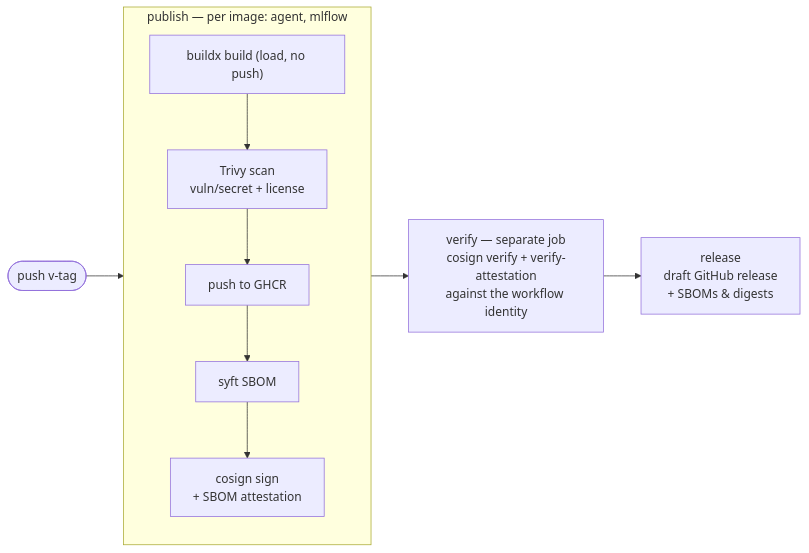
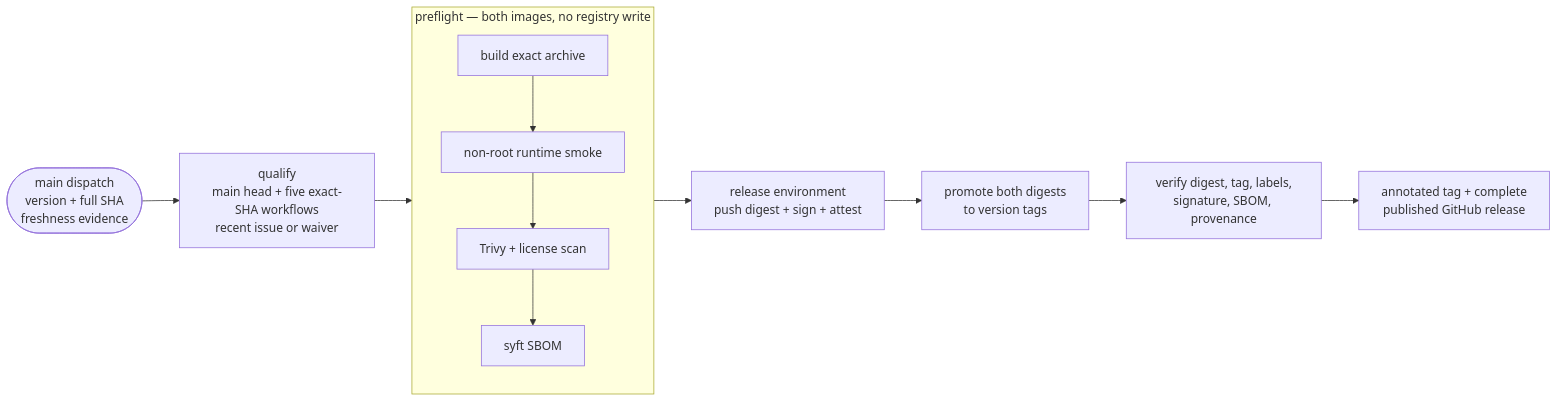
One commit to LuiGGi629/agentops-open-course changed the diagram in docs/8. Community/8.2. Releases.md. Above: the diagram before and after it, drawn with Mermaid. The commit also changed other lines of this file and 160 other files, not shown here.

````diff
--- a/docs/8. Community/8.2. Releases.md
+++ b/docs/8. Community/8.2. Releases.md
@@ -105,10 +116,13 @@
 ```mermaid
 flowchart LR
-    Tag(["push v-tag"]) --> Publish
-    subgraph Publish["publish — per image: agent, mlflow"]
+    Dispatch(["main dispatch<br/>version + full SHA<br/>freshness evidence"]) --> Qualify["qualify<br/>main head + five exact-SHA workflows<br/>recent issue or waiver"]
+    Qualify --> Preflight
+    subgraph Preflight["preflight — both images, no registry write"]
         direction TB
-        B["buildx build (load, no push)"] --> Scan["Trivy scan<br/>vuln/secret + license"] --> Push["push to GHCR"] --> SBOM["syft SBOM"] --> Sign["cosign sign<br/>+ SBOM attestation"]
+        B["build exact archive"] --> Smoke["non-root runtime smoke"] --> Scan["Trivy + license scan"] --> SBOM["syft SBOM"]
     end
-    Publish --> Verify["verify — separate job<br/>cosign verify + verify-attestation<br/>against the workflow identity"]
-    Verify --> Release["release<br/>draft GitHub release<br/>+ SBOMs & digests"]
+    Preflight --> Publish["release environment<br/>push digest + sign + attest"]
+    Publish --> Promote["promote both digests<br/>to version tags"]
+    Promote --> Verify["verify digest, tag, labels,<br/>signature, SBOM, provenance"]
+    Verify --> Release["annotated tag + complete<br/>published GitHub release"]
 ```
````
